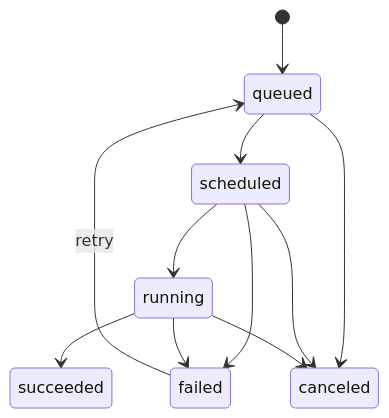
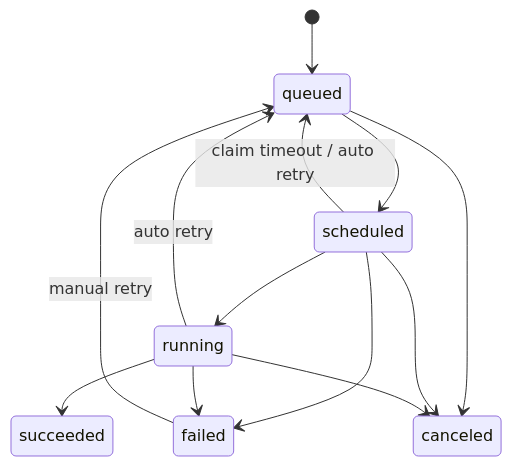
One commit to MotorBottle/gvhmr-batch-process changed the first of 2 diagrams in Project_Definitions/04_Execution_and_State_Machine.md. Above: the diagram before and after it, drawn with Mermaid. The commit also changed other lines of this file and 23 other files, not shown here.

````diff
--- a/Project_Definitions/04_Execution_and_State_Machine.md
+++ b/Project_Definitions/04_Execution_and_State_Machine.md
@@ -5,13 +5,15 @@
 ```mermaid
 stateDiagram-v2
     [*] --> queued
     queued --> scheduled
     queued --> canceled
+    scheduled --> queued: claim timeout / auto retry
     scheduled --> running
     scheduled --> failed
     scheduled --> canceled
+    running --> queued: auto retry
     running --> succeeded
     running --> failed
     running --> canceled
-    failed --> queued: retry
+    failed --> queued: manual retry
 ```
````
